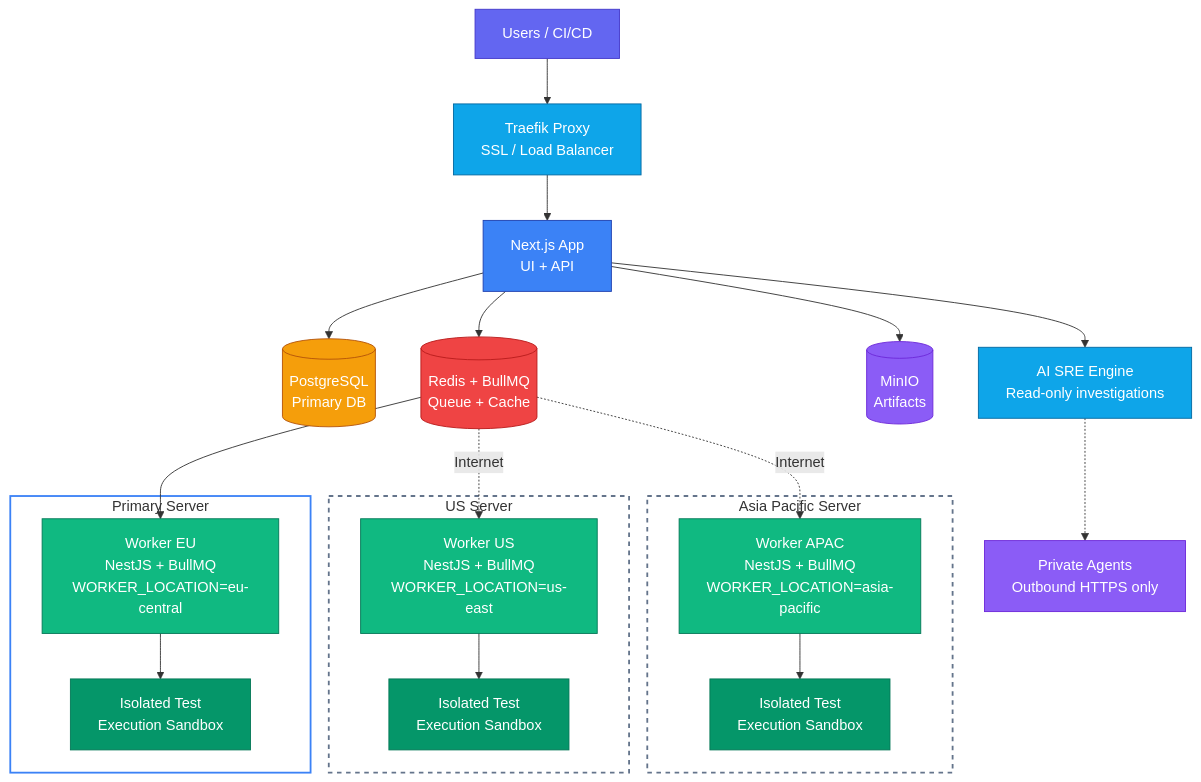
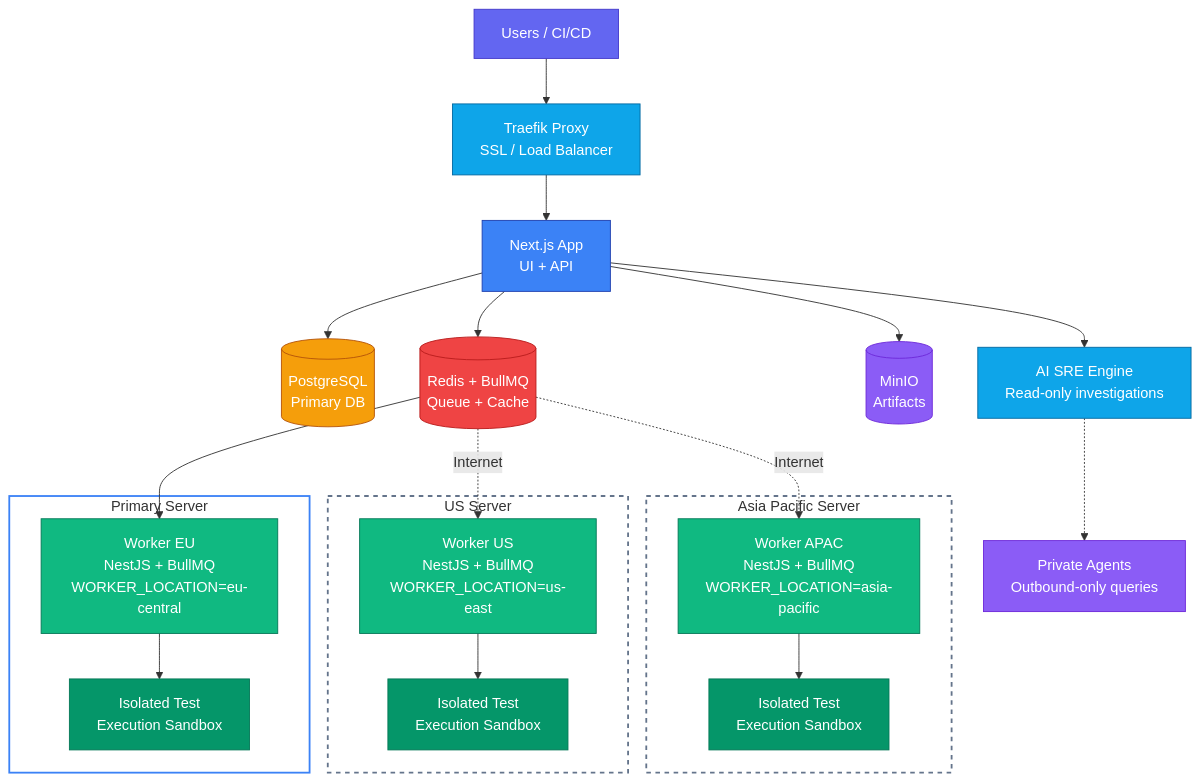
One commit to supercheck-io/supercheck changed the diagram in README.md. Above: the diagram before and after it, drawn with Mermaid. The commit also changed 47 other files, not shown here.

````diff
--- a/README.md
+++ b/README.md
@@ -101,42 +101,42 @@
 ```mermaid
 flowchart TB
     Users[Users / CI/CD] --> T[Traefik Proxy<br/>SSL / Load Balancer]
     T --> App[Next.js App<br/>UI + API]
     App --> DB[(PostgreSQL<br/>Primary DB)] & Redis[(Redis + BullMQ<br/>Queue + Cache)] & S3[(MinIO<br/>Artifacts)]
     App --> SRE[AI SRE Engine<br/>Read-only investigations]
-    SRE -.-> Private[Private Agents<br/>Outbound HTTPS only]
+    SRE -.-> Private[Private Agents<br/>Outbound-only queries]
 
     Redis --> W_EU
     Redis -.->|Internet| W_US
     Redis -.->|Internet| W_APAC
 
     subgraph PRIMARY["Primary Server"]
         W_EU[Worker EU<br/>NestJS + BullMQ<br/>WORKER_LOCATION=eu-central] --> K3S_EU[Isolated Test<br/>Execution Sandbox]
     end
 
     subgraph US["US Server"]
         W_US[Worker US<br/>NestJS + BullMQ<br/>WORKER_LOCATION=us-east] --> K3S_US[Isolated Test<br/>Execution Sandbox]
     end
 
     subgraph APAC["Asia Pacific Server"]
         W_APAC[Worker APAC<br/>NestJS + BullMQ<br/>WORKER_LOCATION=asia-pacific] --> K3S_APAC[Isolated Test<br/>Execution Sandbox]
     end
 
     style Users fill:#6366f1,stroke:#4338ca,color:#fff
     style T fill:#0ea5e9,stroke:#0369a1,color:#fff
     style App fill:#3b82f6,stroke:#1e40af,color:#fff
     style DB fill:#f59e0b,stroke:#b45309,color:#fff
     style Redis fill:#ef4444,stroke:#b91c1c,color:#fff
     style S3 fill:#8b5cf6,stroke:#6d28d9,color:#fff
     style SRE fill:#0ea5e9,stroke:#0369a1,color:#fff
     style Private fill:#8b5cf6,stroke:#6d28d9,color:#fff
     style W_EU fill:#10b981,stroke:#047857,color:#fff
     style W_US fill:#10b981,stroke:#047857,color:#fff
     style W_APAC fill:#10b981,stroke:#047857,color:#fff
     style K3S_EU fill:#059669,stroke:#047857,color:#fff
     style K3S_US fill:#059669,stroke:#047857,color:#fff
     style K3S_APAC fill:#059669,stroke:#047857,color:#fff
     style PRIMARY fill:none,stroke:#3b82f6,stroke-width:2px
     style US fill:none,stroke:#64748b,stroke-width:2px,stroke-dasharray: 5 5
     style APAC fill:none,stroke:#64748b,stroke-width:2px,stroke-dasharray: 5 5
 ```
````
